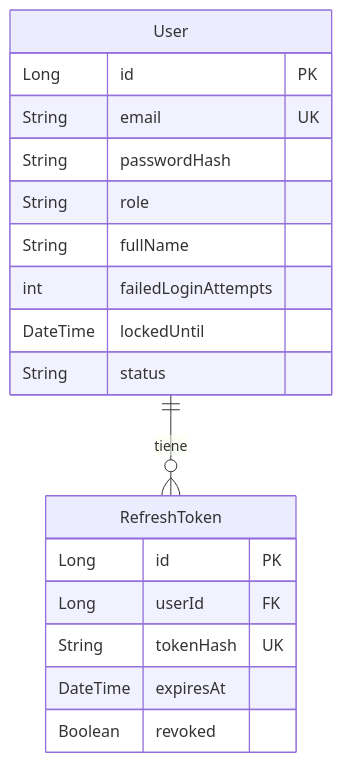
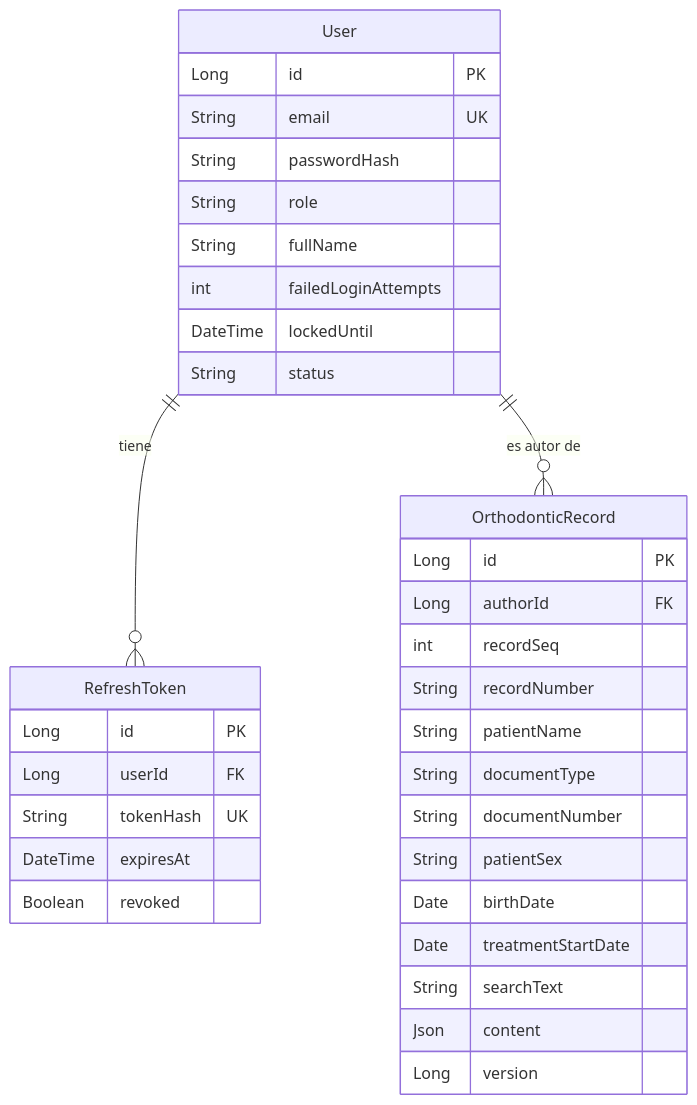
One commit to Davico84/HSOFACOP changed the diagram in docs/domain.md. Above: the diagram before and after it, drawn with Mermaid. The commit also changed other lines of this file and 7 other files, not shown here.

````diff
--- a/docs/domain.md
+++ b/docs/domain.md
@@ -74,22 +91,38 @@
 ```mermaid
 erDiagram
     User ||--o{ RefreshToken : "tiene"
+    User ||--o{ OrthodonticRecord : "es autor de"
 
     User {
         Long id PK
         String email UK
         String passwordHash
         String role
         String fullName
         int failedLoginAttempts
         DateTime lockedUntil
         String status
     }
     RefreshToken {
         Long id PK
         Long userId FK
         String tokenHash UK
         DateTime expiresAt
         Boolean revoked
     }
+    OrthodonticRecord {
+        Long id PK
+        Long authorId FK
+        int recordSeq
+        String recordNumber
+        String patientName
+        String documentType
+        String documentNumber
+        String patientSex
+        Date birthDate
+        Date treatmentStartDate
+        String searchText
+        Json content
+        Long version
+    }
 ```
````
